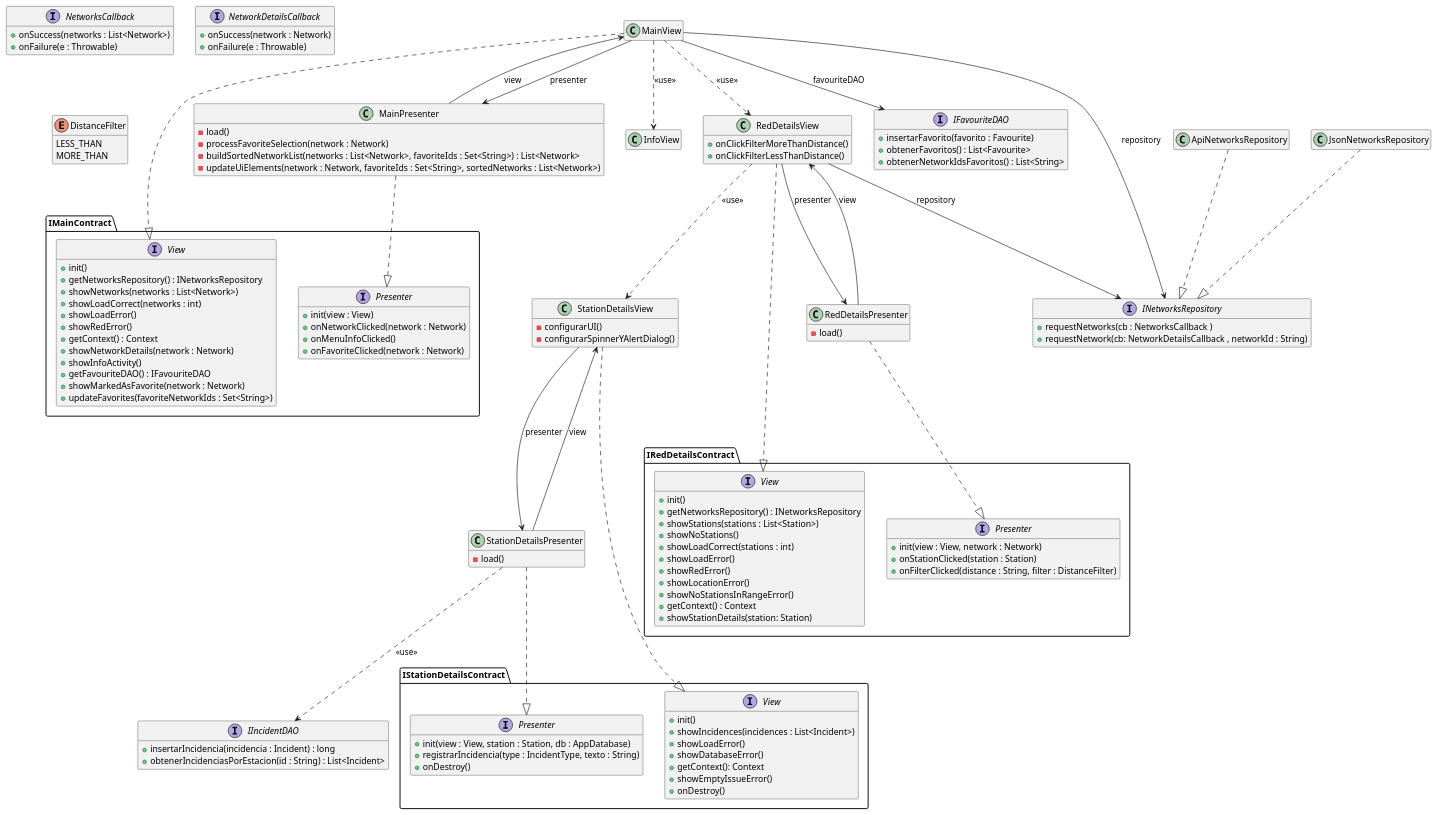
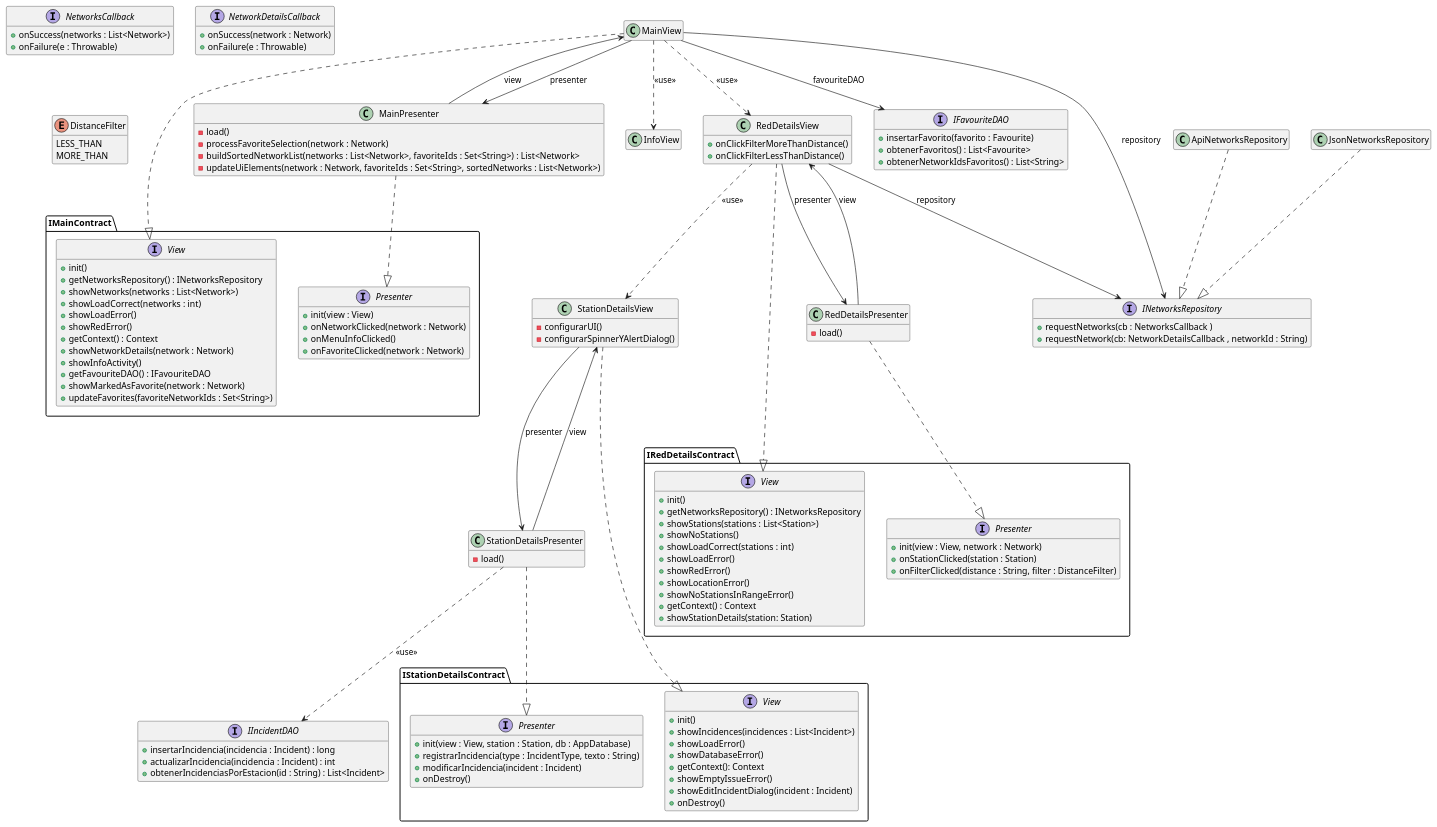
One commit to isunican/App-Bicis-Grupo1 changed the diagram in Docs/Models/architecture.puml. Above: the diagram before and after it, drawn with PlantUML.

Commit message:
Actualizar modelo de arquitectura

```diff
--- a/Docs/Models/architecture.puml
+++ b/Docs/Models/architecture.puml
@@ -1,152 +1,155 @@
 @startuml architecture
 
 hide empty members
 
 MainView ..|> IMainContract.View
 MainPresenter ..|> IMainContract.Presenter
 MainView --> INetworksRepository : repository
 ApiNetworksRepository ..|> INetworksRepository
 JsonNetworksRepository ..|> INetworksRepository
 MainView --> MainPresenter : presenter
 MainPresenter --> MainView : view
 MainView ..> InfoView : <<use>>
 MainView ..> RedDetailsView : <<use>>
 RedDetailsView ..> StationDetailsView : <<use>>
 
 RedDetailsView ..|> IRedDetailsContract.View
 RedDetailsPresenter ..|> IRedDetailsContract.Presenter
 RedDetailsView --> INetworksRepository : repository
 RedDetailsView --> RedDetailsPresenter : presenter
 RedDetailsPresenter --> RedDetailsView : view
 MainView --> IFavouriteDAO : favouriteDAO
 
 StationDetailsView ..|> IStationDetailsContract.View
 StationDetailsPresenter ..|> IStationDetailsContract.Presenter
 StationDetailsView --> StationDetailsPresenter : presenter
 StationDetailsPresenter --> StationDetailsView : view
 StationDetailsPresenter ..> IIncidentDAO : <<use>>
 
 
 class MainView {
 }
 
 class MainPresenter {
     -load()
     - processFavoriteSelection(network : Network)
     - buildSortedNetworkList(networks : List<Network>, favoriteIds : Set<String>) : List<Network>
     - updateUiElements(network : Network, favoriteIds : Set<String>, sortedNetworks : List<Network>)
 }
 
 class InfoView
 
 class StationDetailsView{
     - configurarUI()
     - configurarSpinnerYAlertDialog()
 }
 
 class StationDetailsPresenter {
     -load()
 }
 
 
 class RedDetailsView {
     +onClickFilterMoreThanDistance()
     +onClickFilterLessThanDistance()
 }
 class RedDetailsPresenter {
     -load()
 }
 
 class ApiNetworksRepository
 class JsonNetworksRepository
 
 interface IFavouriteDAO {
     + insertarFavorito(favorito : Favourite)
     + obtenerFavoritos() : List<Favourite>
     + obtenerNetworkIdsFavoritos() : List<String>
 }
 
 interface IMainContract.View {
     + init()
     + getNetworksRepository() : INetworksRepository
     + showNetworks(networks : List<Network>)
     + showLoadCorrect(networks : int)
     + showLoadError()
     + showRedError()
     + getContext() : Context
     + showNetworkDetails(network : Network)
     + showInfoActivity()
     + getFavouriteDAO() : IFavouriteDAO
     + showMarkedAsFavorite(network : Network)
     + updateFavorites(favoriteNetworkIds : Set<String>)
 }
 
 interface IMainContract.Presenter {
     + init(view : View)
     + onNetworkClicked(network : Network)
     + onMenuInfoClicked()
     + onFavoriteClicked(network : Network)
 }
 
 interface IRedDetailsContract.View {
     + init()
     + getNetworksRepository() : INetworksRepository
     + showStations(stations : List<Station>)
     + showNoStations()
     + showLoadCorrect(stations : int)
     + showLoadError()
     + showRedError()
     + showLocationError()
     + showNoStationsInRangeError()
     + getContext() : Context
     + showStationDetails(station: Station)
 }
 
 interface IRedDetailsContract.Presenter {
     + init(view : View, network : Network)
     + onStationClicked(station : Station)
     + onFilterClicked(distance : String, filter : DistanceFilter)
 }
 
 interface INetworksRepository {
     + requestNetworks(cb : NetworksCallback )
     + requestNetwork(cb: NetworkDetailsCallback , networkId : String)
 }
 
 interface NetworksCallback {
     + onSuccess(networks : List<Network>)
     + onFailure(e : Throwable)
 }
 
 interface NetworkDetailsCallback {
     + onSuccess(network : Network)
     + onFailure(e : Throwable)
 }
 
 enum DistanceFilter {
     LESS_THAN
     MORE_THAN
 }
 
 interface IStationDetailsContract.Presenter {
     + init(view : View, station : Station, db : AppDatabase)
     + registrarIncidencia(type : IncidentType, texto : String)
+    + modificarIncidencia(incident : Incident)
     + onDestroy()
 }
 
 interface IStationDetailsContract.View {
     + init()
     + showIncidences(incidences : List<Incident>)
     + showLoadError()
     + showDatabaseError()
     + getContext(): Context
     + showEmptyIssueError()
+    + showEditIncidentDialog(incident : Incident)
     + onDestroy()
 }
 
 interface IIncidentDAO {
     + insertarIncidencia(incidencia : Incident) : long
+    + actualizarIncidencia(incidencia : Incident) : int
     + obtenerIncidenciasPorEstacion(id : String) : List<Incident>
 }
 
 @enduml
```
